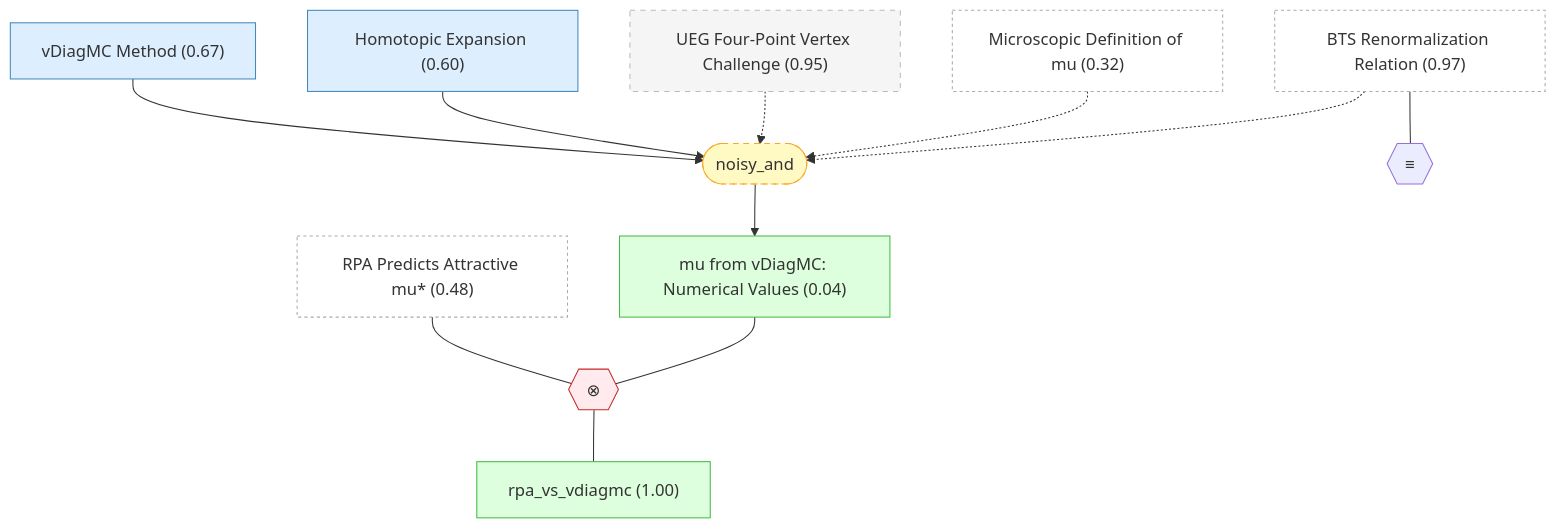
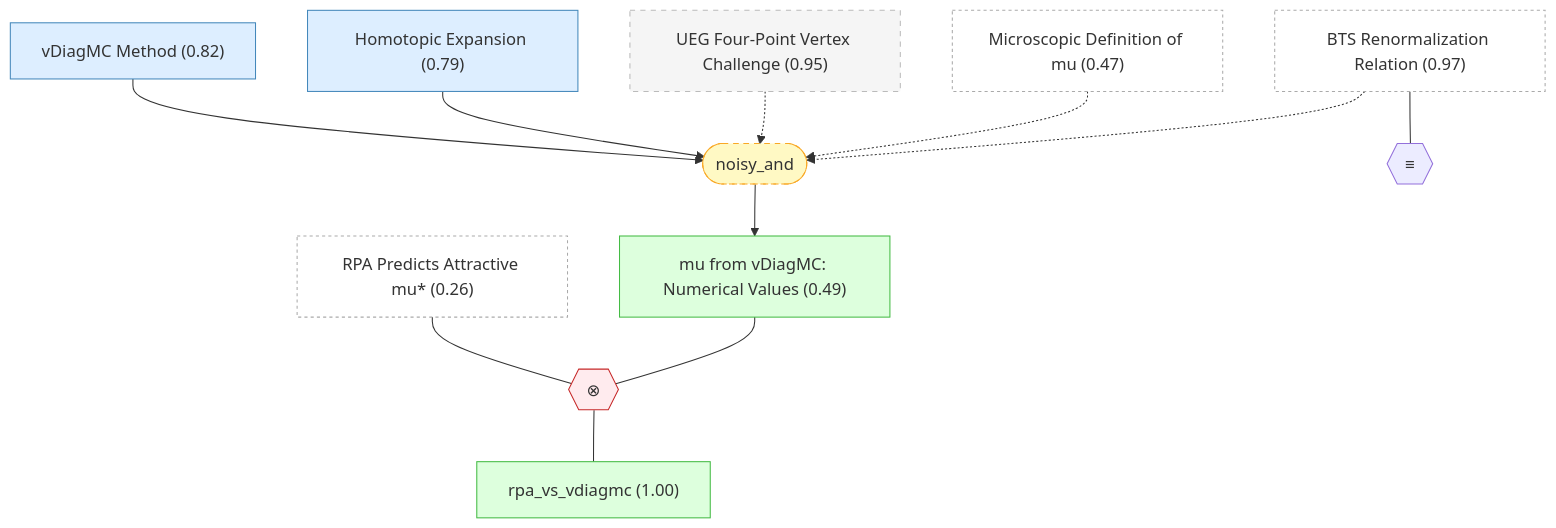
One commit to kunyuan/SuperconductivityElectronLiquids.gaia changed the fourth of 6 diagrams in README.md. Above: the diagram before and after it, drawn with Mermaid. The commit also changed other lines of this file, not shown here.

````diff
--- a/README.md
+++ b/README.md
@@ -508,34 +508,34 @@
 ```mermaid
 graph TD
     bts_renormalization["BTS Renormalization Relation (0.97)"]:::external
-    rpa_predicts_attractive_mu["RPA Predicts Attractive mu#ast; (0.48)"]:::external
-    mu_microscopic_definition["Microscopic Definition of mu (0.32)"]:::external
+    rpa_predicts_attractive_mu["RPA Predicts Attractive mu#ast; (0.26)"]:::external
+    mu_microscopic_definition["Microscopic Definition of mu (0.47)"]:::external
     ueg_vertex_challenge["UEG Four-Point Vertex Challenge (0.95)"]:::background
-    vdiagmc_method["vDiagMC Method (0.67)"]:::premise
-    homotopic_expansion["Homotopic Expansion (0.60)"]:::premise
-    mu_vdiagmc_values["mu from vDiagMC: Numerical Values (0.04)"]:::derived
+    vdiagmc_method["vDiagMC Method (0.82)"]:::premise
+    homotopic_expansion["Homotopic Expansion (0.79)"]:::premise
+    mu_vdiagmc_values["mu from vDiagMC: Numerical Values (0.49)"]:::derived
     rpa_vs_vdiagmc["rpa_vs_vdiagmc (1.00)"]:::derived
     strat_11(["noisy_and"]):::weak
     vdiagmc_method --> strat_11
     homotopic_expansion --> strat_11
     ueg_vertex_challenge -.-> strat_11
     mu_microscopic_definition -.-> strat_11
     bts_renormalization -.-> strat_11
     strat_11 --> mu_vdiagmc_values
     oper_0{{"≡"}}
     bts_renormalization --- oper_0
     oper_1{{"⊗"}}:::contra
     rpa_predicts_attractive_mu --- oper_1
     mu_vdiagmc_values --- oper_1
     oper_1 --- rpa_vs_vdiagmc
 
     classDef setting fill:#f0f0f0,stroke:#999,color:#333
     classDef premise fill:#ddeeff,stroke:#4488bb,color:#333
     classDef derived fill:#ddffdd,stroke:#44bb44,color:#333
     classDef question fill:#fff3dd,stroke:#cc9944,color:#333
     classDef background fill:#f5f5f5,stroke:#bbb,stroke-dasharray: 5 5,color:#333
     classDef orphan fill:#fff,stroke:#ccc,stroke-dasharray: 5 5,color:#333
     classDef external fill:#fff,stroke:#aaa,stroke-dasharray: 3 3,color:#333
     classDef weak fill:#fff9c4,stroke:#f9a825,stroke-dasharray: 5 5,color:#333
     classDef contra fill:#ffebee,stroke:#c62828,color:#333
 ```
````
